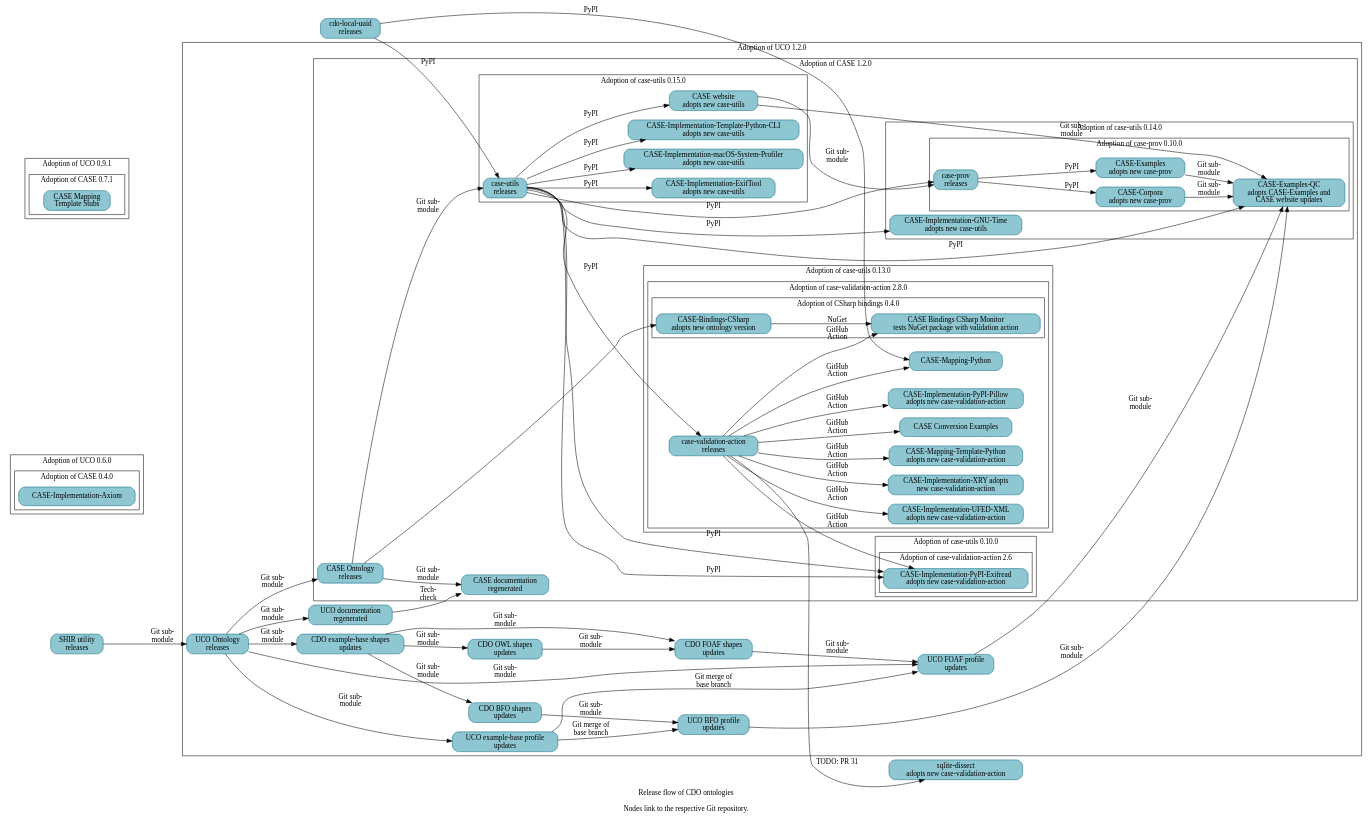
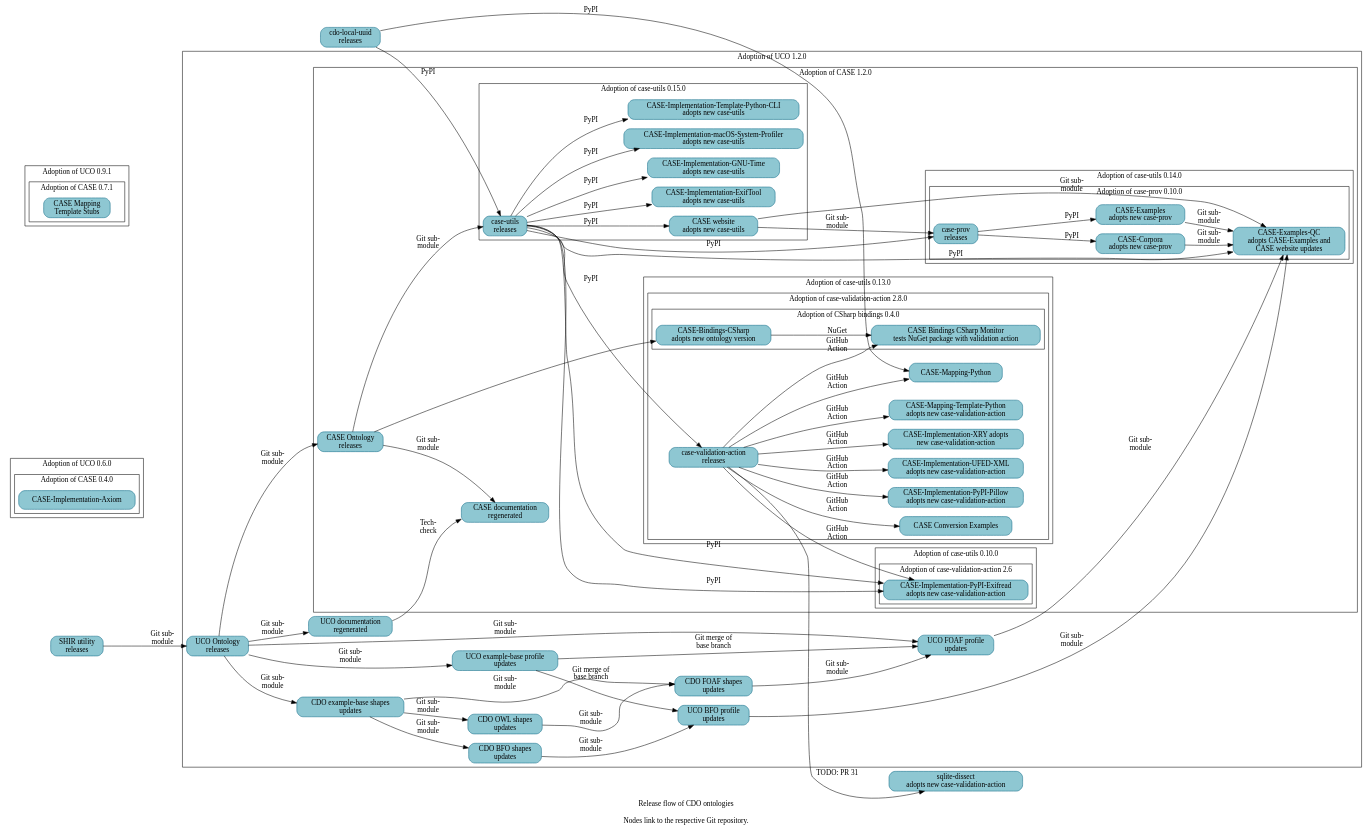
Before and after one commit to Cyber-Domain-Ontology/cdo.github.io: the diagram in resources/project_release_flow.dot, drawn with Graphviz.

Commit message:
Bump adoption of case-utils
A follow-on patch will regenerate Make-managed files.

```diff
--- a/resources/project_release_flow.dot
+++ b/resources/project_release_flow.dot
@@ -1,160 +1,159 @@
 digraph "cdo_release_flow" {
   label = "Release flow of CDO ontologies\n\nNodes link to the respective Git repository." ;
   rankdir = "LR" ;
   node [shape="rectangle" style="filled,rounded" fillcolor="#8EC7D2" color="#0D6986"] ;
 
   // Define nodes in their corresponding progress subgraph.
 
   _GH__CYBER_DOMAIN_ONTOLOGY__CDO_UTILITY_LOCAL_UUID [URL="https://github.com/Cyber-Domain-Ontology/CDO-Utility-Local-UUID" label="cdo-local-uuid\nreleases"] ;
 
   subgraph cluster_uco_0_6_0 {
     label = "Adoption of UCO 0.6.0" ;
 
     subgraph cluster_case_0_4_0 {
       label = "Adoption of CASE 0.4.0" ;
       _GH__CASEWORK__CASE_IMPLEMENTATION_AXIOM [URL="https://github.com/casework/CASE-Implementation-Axiom" label="CASE-Implementation-Axiom"] ;
     }
   }
 
   subgraph cluster_uco_0_9_1 {
     label = "Adoption of UCO 0.9.1" ;
 
     subgraph cluster_case_0_7_1 {
       label = "Adoption of CASE 0.7.1" ;
       _GH__CASEWORK__CASE_MAPPING_TEMPLATE_STUBS [URL="https://github.com/casework/CASE-Mapping-Template-Stubs" label="CASE Mapping\nTemplate Stubs"] ;
     }
   }
 
   subgraph cluster_uco_1_2_0 {
     label = "Adoption of UCO 1.2.0" ;
 
     _GH__CYBER_DOMAIN_ONTOLOGY__CDO_SHAPES_BFO [URL="https://github.com/Cyber-Domain-Ontology/CDO-Shapes-BFO" label="CDO BFO shapes\nupdates"] ;
     _GH__CYBER_DOMAIN_ONTOLOGY__CDO_SHAPES_EXAMPLE [URL="https://github.com/Cyber-Domain-Ontology/CDO-Shapes-Example" label="CDO example-base shapes\nupdates"] ;
     _GH__CYBER_DOMAIN_ONTOLOGY__CDO_SHAPES_FOAF [URL="https://github.com/Cyber-Domain-Ontology/CDO-Shapes-FOAF" label="CDO FOAF shapes\nupdates"] ;
     _GH__CYBER_DOMAIN_ONTOLOGY__CDO_SHAPES_OWL [URL="https://github.com/Cyber-Domain-Ontology/CDO-Shapes-OWL" label="CDO OWL shapes\nupdates"] ;
     _GH__UCOPROJECT__ONTOLOGY_UNIFIEDCYBERONTOLOGY_ORG [URL="https://github.com/ucoProject/ontology.unifiedcyberontology.org" label="UCO documentation\nregenerated"] ;
     _GH__UCOPROJECT__UCO [URL="https://github.com/ucoProject/UCO" label="UCO Ontology\nreleases"] ;
     _GH__UCOPROJECT__UCO_PROFILE_BFO [URL="https://github.com/ucoProject/UCO-Profile-BFO" label="UCO BFO profile\nupdates"] ;
     _GH__UCOPROJECT__UCO_PROFILE_EXAMPLE [URL="https://github.com/ucoProject/UCO-Profile-Example" label="UCO example-base profile\nupdates"] ;
     _GH__UCOPROJECT__UCO_PROFILE_FOAF [URL="https://github.com/ucoProject/UCO-Profile-FOAF" label="UCO FOAF profile\nupdates"] ;
 
     subgraph cluster_case_1_2_0 {
       label = "Adoption of CASE 1.2.0" ;
 
       _GH__CASEWORK__CASE [URL="https://github.com/casework/CASE" label="CASE Ontology\nreleases"] ;
       _GH__CASEWORK__ONTOLOGY_CASEONTOLOGY_ORG [URL="https://github.com/casework/ontology.caseontology.org" label="CASE documentation\nregenerated"] ;
 
       subgraph cluster_case_utils_0_10_0 {
         label = "Adoption of case-utils 0.10.0" ;
 
         subgraph cluster_case_validation_action_2_6 {
           label = "Adoption of case-validation-action 2.6" ;
 
           _GH__CASEWORK__CASE_IMPLEMENTATION_PYPI_EXIFREAD [URL="https://github.com/casework/CASE-Implementation-PyPI-Exifread" label="CASE-Implementation-PyPI-Exifread\nadopts new case-validation-action"] ;
         }
       }
 
       subgraph cluster_case_utils_0_13_0 {
         label = "Adoption of case-utils 0.13.0" ;
 
         subgraph cluster_case_validation_action_2_8_0 {
           label = "Adoption of case-validation-action 2.8.0" ;
 
           _GH__KCHASON__CASE_VALIDATION_ACTION [URL="https://github.com/kchason/case-validation-action" label="case-validation-action\nreleases"] ;
           _GH__CASEWORK__CASE_EXAMPLES_CONVERSION [URL="https://github.com/casework/CASE-Examples-Conversion" label="CASE Conversion Examples"] ;
           _GH__CASEWORK__CASE_IMPLEMENTATION_PYPI_PILLOW [URL="https://github.com/casework/CASE-Implementation-PyPI-Pillow" label="CASE-Implementation-PyPI-Pillow\nadopts new case-validation-action"] ;
           _GH__CASEWORK__CASE_IMPLEMENTATION_UFED_XML [URL="https://github.com/casework/CASE-Implementation-UFED-XML" label="CASE-Implementation-UFED-XML\nadopts new case-validation-action"] ;
           _GH__CASEWORK__CASE_IMPLEMENTATION_XRY [URL="https://github.com/casework/CASE-Implementation-XRY" label="CASE-Implementation-XRY adopts\nnew case-validation-action"] ;
           _GH__CASEWORK__CASE_MAPPING_PYTHON [URL="https://github.com/casework/CASE-Mapping-Python/" label="CASE-Mapping-Python"] ;
           _GH__CASEWORK__CASE_MAPPING_TEMPLATE_PYTHON [URL="https://github.com/casework/CASE-Mapping-Template-Python" label="CASE-Mapping-Template-Python\nadopts new case-validation-action"] ;
 
           subgraph cluster_case_bindings_csharp_0_4_0 {
             label = "Adoption of CSharp bindings 0.4.0" ;
 
             _GH__CASEWORK__CASE_BINDINGS_CSHARP_MONITOR [URL="https://github.com/casework/CASE-Bindings-CSharp-Monitor" label="CASE Bindings CSharp Monitor\ntests NuGet package with validation action"] ;
             _GH__CIPHERTECHSOLUTIONS__CASE_BINDINGS_CSHARP [URL="https://github.com/ciphertechsolutions/CASE-Bindings-CSharp" label="CASE-Bindings-CSharp\nadopts new ontology version"] ;
           }
         }
       }
 
       subgraph cluster_case_utils_0_14_0 {
         label = "Adoption of case-utils 0.14.0" ;
 
-        _GH__CASEWORK__CASE_IMPLEMENTATION_GNU_TIME [URL="https://github.com/casework/CASE-Implementation-GNU-Time" label="CASE-Implementation-GNU-Time\nadopts new case-utils"] ;
-
         subgraph cluster_case_prov_0_10_0 {
           label = "Adoption of case-prov 0.10.0" ;
 
           _GH__AJNELSON_NIST__CASE_EXAMPLES_QC [URL="https://github.com/ajnelson-nist/CASE-Examples-QC" label="CASE-Examples-QC\nadopts CASE-Examples and\nCASE website updates"] ;
           _GH__CASEWORK__CASE_CORPORA [URL="https://github.com/casework/CASE-Corpora" label="CASE-Corpora\nadopts new case-prov"] ;
           _GH__CASEWORK__CASE_EXAMPLES [URL="https://github.com/casework/CASE-Examples" label="CASE-Examples\nadopts new case-prov"] ;
           _GH__CASEWORK__CASE_IMPLEMENTATION_PROV_O [URL="https://github.com/casework/CASE-Implementation-PROV-O" label="case-prov\nreleases"] ;
         }
       }
 
       subgraph cluster_case_utils_0_15_0 {
         label = "Adoption of case-utils 0.15.0" ;
 
         _GH__CASEWORK__CASE_IMPLEMENTATION_EXIFTOOL [URL="https://github.com/casework/CASE-Implementation-ExifTool" label="CASE-Implementation-ExifTool\nadopts new case-utils"] ;
+        _GH__CASEWORK__CASE_IMPLEMENTATION_GNU_TIME [URL="https://github.com/casework/CASE-Implementation-GNU-Time" label="CASE-Implementation-GNU-Time\nadopts new case-utils"] ;
         _GH__CASEWORK__CASE_IMPLEMENTATION_MACOS_SYSTEM_PROFILER [URL="https://github.com/casework/CASE-Implementation-macOS-System-Profiler" label="CASE-Implementation-macOS-System-Profiler\nadopts new case-utils"] ;
         _GH__CASEWORK__CASE_IMPLEMENTATION_TEMPLATE_PYTHON_CLI [URL="https://github.com/casework/CASE-Implementation-Template-Python-CLI" label="CASE-Implementation-Template-Python-CLI\nadopts new case-utils"]
         _GH__CASEWORK__CASE_UTILITIES_PYTHON [URL="https://github.com/casework/CASE-Utilities-Python" label="case-utils\nreleases"] ;
         _GH__CASEWORK__CASEWORK_GITHUB_IO [URL="https://github.com/casework/casework.github.io" label="CASE website\nadopts new case-utils"] ;
       }
     }
   }
 
   _GH__CASEWORK__CASE_UTILITY_SHACL_INHERITANCE_REVIEWER [URL="https://github.com/casework/CASE-Utility-SHACL-Inheritance-Reviewer" label="SHIR utility\nreleases"] ;
   _GH__DOD_CYBER_CRIME_CENTER__SQLITE_DISSECT [URL="https://github.com/dod-cyber-crime-center/sqlite-dissect" label="sqlite-dissect\nadopts new case-validation-action"] ;
 
   // Begin edges
 
   _GH__CASEWORK__CASEWORK_GITHUB_IO -> _GH__CASEWORK__CASE_IMPLEMENTATION_PROV_O [label="Git sub-\nmodule"] ;
   _GH__CASEWORK__CASE_CORPORA -> _GH__AJNELSON_NIST__CASE_EXAMPLES_QC [label="Git sub-\nmodule"] ;
   _GH__CASEWORK__CASE -> _GH__CASEWORK__CASE_UTILITIES_PYTHON [label="Git sub-\nmodule"] ;
   _GH__CASEWORK__CASE -> _GH__CIPHERTECHSOLUTIONS__CASE_BINDINGS_CSHARP ;
   _GH__CASEWORK__CASE -> _GH__CASEWORK__ONTOLOGY_CASEONTOLOGY_ORG [label="Git sub-\nmodule"] ; 
   _GH__CASEWORK__CASE_EXAMPLES -> _GH__AJNELSON_NIST__CASE_EXAMPLES_QC [label="Git sub-\nmodule"] ;
   _GH__CASEWORK__CASE_IMPLEMENTATION_PROV_O -> _GH__CASEWORK__CASE_CORPORA [label="PyPI"] ;
   _GH__CASEWORK__CASE_IMPLEMENTATION_PROV_O -> _GH__CASEWORK__CASE_EXAMPLES [label="PyPI"] ;
   _GH__CASEWORK__CASE_UTILITIES_PYTHON -> _GH__AJNELSON_NIST__CASE_EXAMPLES_QC [label="PyPI"] ;
   _GH__CASEWORK__CASE_UTILITIES_PYTHON -> _GH__CASEWORK__CASE_IMPLEMENTATION_EXIFTOOL [label="PyPI"] ;
   _GH__CASEWORK__CASE_UTILITIES_PYTHON -> _GH__CASEWORK__CASE_IMPLEMENTATION_GNU_TIME [label="PyPI"] ;
   _GH__CASEWORK__CASE_UTILITIES_PYTHON -> _GH__CASEWORK__CASE_IMPLEMENTATION_MACOS_SYSTEM_PROFILER [label="PyPI"] ;
   _GH__CASEWORK__CASE_UTILITIES_PYTHON -> _GH__CASEWORK__CASE_IMPLEMENTATION_PROV_O [label="PyPI"] ;
   _GH__CASEWORK__CASE_UTILITIES_PYTHON -> _GH__CASEWORK__CASE_IMPLEMENTATION_PYPI_EXIFREAD [label="PyPI"] ;
   _GH__CASEWORK__CASE_UTILITIES_PYTHON -> _GH__CASEWORK__CASE_IMPLEMENTATION_TEMPLATE_PYTHON_CLI [label="PyPI"];
   _GH__CASEWORK__CASE_UTILITIES_PYTHON -> _GH__KCHASON__CASE_VALIDATION_ACTION [label="PyPI"] ;
   _GH__CASEWORK__CASE_UTILITIES_PYTHON -> _GH__CASEWORK__CASEWORK_GITHUB_IO [label="PyPI"] ;
   _GH__CASEWORK__CASE_UTILITY_SHACL_INHERITANCE_REVIEWER -> _GH__UCOPROJECT__UCO [label="Git sub-\nmodule"] ;
   _GH__CASEWORK__CASEWORK_GITHUB_IO -> _GH__AJNELSON_NIST__CASE_EXAMPLES_QC [label="Git sub-\nmodule"] ;
   _GH__CIPHERTECHSOLUTIONS__CASE_BINDINGS_CSHARP -> _GH__CASEWORK__CASE_BINDINGS_CSHARP_MONITOR [label="NuGet"] ;
   _GH__CYBER_DOMAIN_ONTOLOGY__CDO_UTILITY_LOCAL_UUID -> _GH__CASEWORK__CASE_MAPPING_PYTHON [label="PyPI"] ;
   _GH__CYBER_DOMAIN_ONTOLOGY__CDO_UTILITY_LOCAL_UUID -> _GH__CASEWORK__CASE_UTILITIES_PYTHON [label="PyPI"] ;
   _GH__CYBER_DOMAIN_ONTOLOGY__CDO_SHAPES_BFO -> _GH__UCOPROJECT__UCO_PROFILE_BFO [label="Git sub-\nmodule"] ;
   _GH__CYBER_DOMAIN_ONTOLOGY__CDO_SHAPES_EXAMPLE -> _GH__CYBER_DOMAIN_ONTOLOGY__CDO_SHAPES_BFO [label="Git sub-\nmodule"] ;
   _GH__CYBER_DOMAIN_ONTOLOGY__CDO_SHAPES_EXAMPLE -> _GH__CYBER_DOMAIN_ONTOLOGY__CDO_SHAPES_FOAF [label="Git sub-\nmodule"] ;
   _GH__CYBER_DOMAIN_ONTOLOGY__CDO_SHAPES_EXAMPLE -> _GH__CYBER_DOMAIN_ONTOLOGY__CDO_SHAPES_OWL [label="Git sub-\nmodule"] ;
   _GH__CYBER_DOMAIN_ONTOLOGY__CDO_SHAPES_FOAF -> _GH__UCOPROJECT__UCO_PROFILE_FOAF [label="Git sub-\nmodule"] ;
   _GH__CYBER_DOMAIN_ONTOLOGY__CDO_SHAPES_OWL -> _GH__CYBER_DOMAIN_ONTOLOGY__CDO_SHAPES_FOAF [label="Git sub-\nmodule"] ;
   _GH__KCHASON__CASE_VALIDATION_ACTION -> _GH__CASEWORK__CASE_BINDINGS_CSHARP_MONITOR [label="GitHub\nAction"] ;
   _GH__KCHASON__CASE_VALIDATION_ACTION -> _GH__CASEWORK__CASE_EXAMPLES_CONVERSION [label="GitHub\nAction"];
   _GH__CASEWORK__CASE_UTILITIES_PYTHON -> _GH__CASEWORK__CASE_IMPLEMENTATION_PYPI_EXIFREAD [label="PyPI"] ;
   _GH__KCHASON__CASE_VALIDATION_ACTION -> _GH__CASEWORK__CASE_IMPLEMENTATION_PYPI_EXIFREAD [label="GitHub\nAction"] ;
   _GH__KCHASON__CASE_VALIDATION_ACTION -> _GH__CASEWORK__CASE_IMPLEMENTATION_PYPI_PILLOW [label="GitHub\nAction"] ;
   _GH__KCHASON__CASE_VALIDATION_ACTION -> _GH__CASEWORK__CASE_IMPLEMENTATION_UFED_XML [label="GitHub\nAction"] ;
   _GH__KCHASON__CASE_VALIDATION_ACTION -> _GH__CASEWORK__CASE_IMPLEMENTATION_XRY [label="GitHub\nAction"] ;
   _GH__KCHASON__CASE_VALIDATION_ACTION -> _GH__CASEWORK__CASE_MAPPING_PYTHON [label="GitHub\nAction"] ;
   _GH__KCHASON__CASE_VALIDATION_ACTION -> _GH__CASEWORK__CASE_MAPPING_TEMPLATE_PYTHON [label="GitHub\nAction"] ;
   _GH__KCHASON__CASE_VALIDATION_ACTION -> _GH__DOD_CYBER_CRIME_CENTER__SQLITE_DISSECT [URL="https://github.com/dod-cyber-crime-center/sqlite-dissect/pull/31" label="TODO: PR 31"] ;
   _GH__UCOPROJECT__ONTOLOGY_UNIFIEDCYBERONTOLOGY_ORG -> _GH__CASEWORK__ONTOLOGY_CASEONTOLOGY_ORG [label="Tech-\ncheck"];
   _GH__UCOPROJECT__UCO -> _GH__CASEWORK__CASE [label="Git sub-\nmodule"] ;
   _GH__UCOPROJECT__UCO -> _GH__CYBER_DOMAIN_ONTOLOGY__CDO_SHAPES_EXAMPLE [label="Git sub-\nmodule"] ;
   _GH__UCOPROJECT__UCO -> _GH__UCOPROJECT__ONTOLOGY_UNIFIEDCYBERONTOLOGY_ORG [label="Git sub-\nmodule"] ;
   _GH__UCOPROJECT__UCO -> _GH__UCOPROJECT__UCO_PROFILE_EXAMPLE [label="Git sub-\nmodule"] ;
   _GH__UCOPROJECT__UCO -> _GH__UCOPROJECT__UCO_PROFILE_FOAF [label="Git sub-\nmodule"] ;
   _GH__UCOPROJECT__UCO_PROFILE_BFO -> _GH__AJNELSON_NIST__CASE_EXAMPLES_QC [label="Git sub-\nmodule"] ;
   _GH__UCOPROJECT__UCO_PROFILE_EXAMPLE -> _GH__UCOPROJECT__UCO_PROFILE_BFO [label="Git merge of\nbase branch"] ;
   _GH__UCOPROJECT__UCO_PROFILE_EXAMPLE -> _GH__UCOPROJECT__UCO_PROFILE_FOAF [label="Git merge of\nbase branch"] ;
   _GH__UCOPROJECT__UCO_PROFILE_FOAF -> _GH__AJNELSON_NIST__CASE_EXAMPLES_QC [label="Git sub-\nmodule"] ;
 }
```
